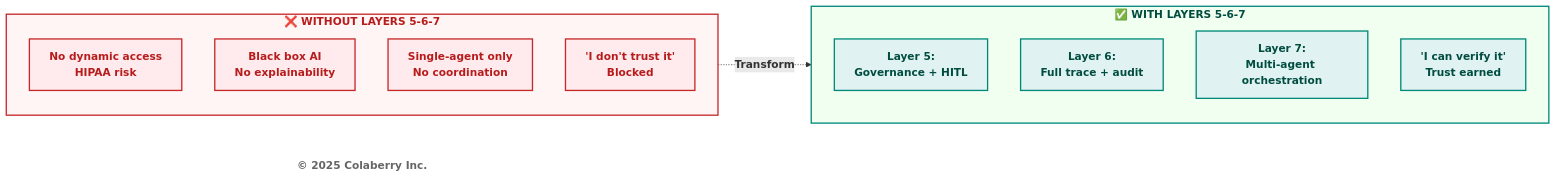
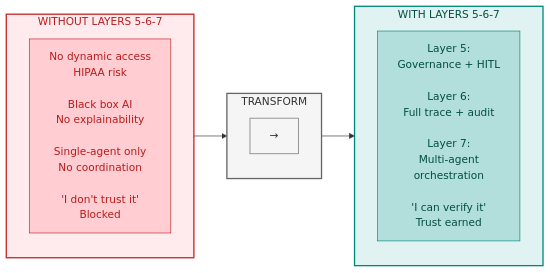
One commit to saitejesh-cyber/trust-before-intelligence-book changed the first of 14 diagrams in manuscript/chapter_6_transparency_orchestration_layers_v1_9.md. Above: the diagram before and after it, drawn with Mermaid. The commit also changed 1 other file, not shown here.

Commit message:
diagram updated for readability
diagram updated for readability

````diff
--- a/manuscript/chapter_6_transparency_orchestration_layers_v1_9.md
+++ b/manuscript/chapter_6_transparency_orchestration_layers_v1_9.md
@@ -15,32 +15,28 @@
 ```mermaid
-flowchart LR
-    subgraph WITHOUT["<b>❌ WITHOUT LAYERS 5-6-7</b>"]
-        W1["<b>No dynamic access</b><br/><b>HIPAA risk</b>"]
-        W2["<b>Black box AI</b><br/><b>No explainability</b>"]
-        W3["<b>Single-agent only</b><br/><b>No coordination</b>"]
-        W4["<b>'I don't trust it'</b><br/><b>Blocked</b>"]
+
+graph LR
+    subgraph WITHOUT["WITHOUT LAYERS 5-6-7"]
+        direction TB
+        W1["No dynamic access<br/>HIPAA risk<br/><br/>Black box AI<br/>No explainability<br/><br/>Single-agent only<br/>No coordination<br/><br/>'I don't trust it'<br/>Blocked"]
     end
+    
+    subgraph TRANSFORM["TRANSFORM"]
+        direction TB
+        T1["→"]
+    end
+    
+    subgraph WITH["WITH LAYERS 5-6-7"]
+        direction TB
+        L1["Layer 5:<br/>Governance + HITL<br/><br/>Layer 6:<br/>Full trace + audit<br/><br/>Layer 7:<br/>Multi-agent<br/>orchestration<br/><br/>'I can verify it'<br/>Trust earned"]
+    end
+    
+    WITHOUT --> TRANSFORM --> WITH
+    
+    style WITHOUT fill:#ffebee,stroke:#c62828,stroke-width:2px,color:#b71c1c
+    style TRANSFORM fill:#f5f5f5,stroke:#666666,stroke-width:2px,color:#333333
+    style WITH fill:#e0f2f1,stroke:#00897b,stroke-width:2px,color:#004d40
+    style W1 fill:#ffcdd2,stroke:#c62828,color:#b71c1c
+    style T1 fill:#f5f5f5,stroke:#666666,color:#333333
+    style L1 fill:#b2dfdb,stroke:#00897b,color:#004d40
 
-    subgraph WITH["<b>✅ WITH LAYERS 5-6-7</b>"]
-        L5["<b>Layer 5:</b><br/><b>Governance + HITL</b>"]
-        L6["<b>Layer 6:</b><br/><b>Full trace + audit</b>"]
-        L7["<b>Layer 7:</b><br/><b>Multi-agent orchestration</b>"]
-        T["<b>'I can verify it'</b><br/><b>Trust earned</b>"]
-    end
-
-    Copyright["<b>© 2025 Colaberry Inc.</b>"]
-
-    WITHOUT -.->|"<b>Transform</b>"| WITH
-
-    style WITHOUT fill:#fff5f5,stroke:#c62828,stroke-width:2px,color:#b71c1c
-    style W1 fill:#ffebee,stroke:#c62828,stroke-width:2px,color:#b71c1c
-    style W2 fill:#ffebee,stroke:#c62828,stroke-width:2px,color:#b71c1c
-    style W3 fill:#ffebee,stroke:#c62828,stroke-width:2px,color:#b71c1c
-    style W4 fill:#ffebee,stroke:#c62828,stroke-width:2px,color:#b71c1c
-    style WITH fill:#f0fff0,stroke:#00897b,stroke-width:2px,color:#004d40
-    style L5 fill:#e0f2f1,stroke:#00897b,stroke-width:2px,color:#004d40
-    style L6 fill:#e0f2f1,stroke:#00897b,stroke-width:2px,color:#004d40
-    style L7 fill:#e0f2f1,stroke:#00897b,stroke-width:2px,color:#004d40
-    style T fill:#e0f2f1,stroke:#00897b,stroke-width:2px,color:#004d40
-    style Copyright fill:#ffffff,stroke:none,color:#666666
 ```
````
